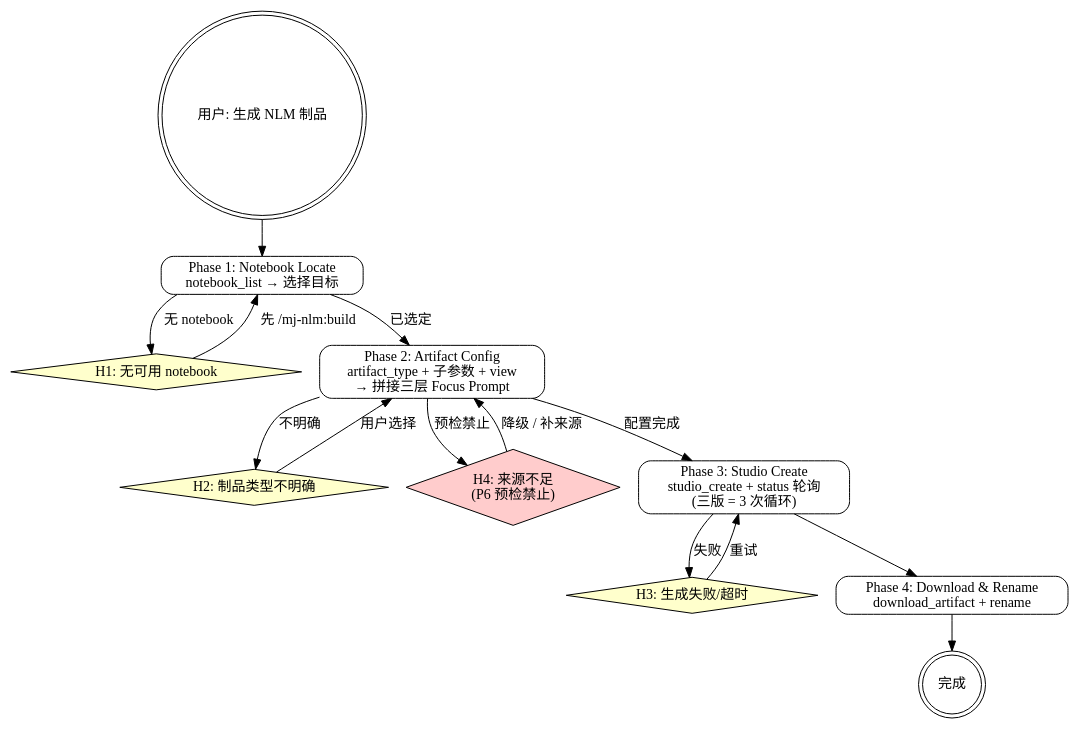
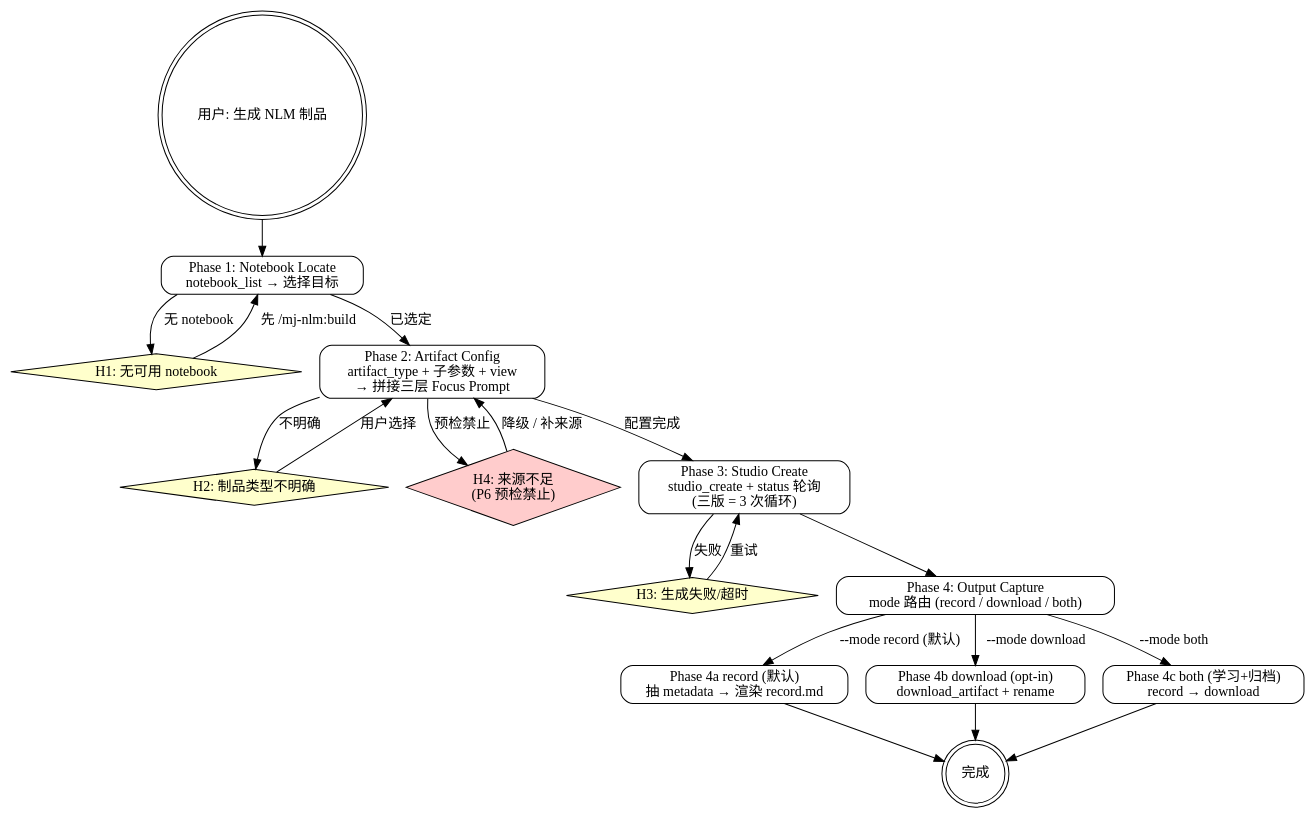
The diagram in plugins/mj-nlm/skills/mj-nlm-studio/SKILL.md (ranzuozhou/my-marketplace), drawn with Graphviz before and after one commit. The commit also changed other lines of this file and 3 other files, not shown here.

First line of the commit message:
feat(mj-nlm): add v2.1 record/download/both output modes for studio Phase 4

````diff
--- a/plugins/mj-nlm/skills/mj-nlm-studio/SKILL.md
+++ b/plugins/mj-nlm/skills/mj-nlm-studio/SKILL.md
@@ -53,39 +65,47 @@
 ```dot
 digraph nlm_studio {
     rankdir=TB;
     node [shape=box, style=rounded];
 
     start [label="用户: 生成 NLM 制品", shape=doublecircle];
 
     P1 [label="Phase 1: Notebook Locate\nnotebook_list → 选择目标"];
     H1 [label="H1: 无可用 notebook", shape=diamond, style=filled, fillcolor="#ffffcc"];
 
     P2 [label="Phase 2: Artifact Config\nartifact_type + 子参数 + view\n→ 拼接三层 Focus Prompt"];
     H2 [label="H2: 制品类型不明确", shape=diamond, style=filled, fillcolor="#ffffcc"];
     H4 [label="H4: 来源不足\n(P6 预检禁止)", shape=diamond, style=filled, fillcolor="#ffcccc"];
 
     P3 [label="Phase 3: Studio Create\nstudio_create + status 轮询\n(三版 = 3 次循环)"];
     H3 [label="H3: 生成失败/超时", shape=diamond, style=filled, fillcolor="#ffffcc"];
 
-    P4 [label="Phase 4: Download & Rename\ndownload_artifact + rename"];
+    P4 [label="Phase 4: Output Capture\nmode 路由 (record / download / both)"];
+    P4_R [label="Phase 4a record (默认)\n抽 metadata → 渲染 record.md"];
+    P4_D [label="Phase 4b download (opt-in)\ndownload_artifact + rename"];
+    P4_B [label="Phase 4c both (学习+归档)\nrecord → download"];
 
     DONE [label="完成", shape=doublecircle];
 
     start -> P1;
     P1 -> H1 [label="无 notebook"];
     H1 -> P1 [label="先 /mj-nlm:build"];
     P1 -> P2 [label="已选定"];
 
     P2 -> H2 [label="不明确"];
     H2 -> P2 [label="用户选择"];
     P2 -> H4 [label="预检禁止"];
     H4 -> P2 [label="降级 / 补来源"];
     P2 -> P3 [label="配置完成"];
 
     P3 -> H3 [label="失败"];
     H3 -> P3 [label="重试"];
     P3 -> P4;
 
-    P4 -> DONE;
+    P4 -> P4_R [label="--mode record (默认)"];
+    P4 -> P4_D [label="--mode download"];
+    P4 -> P4_B [label="--mode both"];
+    P4_R -> DONE;
+    P4_D -> DONE;
+    P4_B -> DONE;
 }
 ```
````
